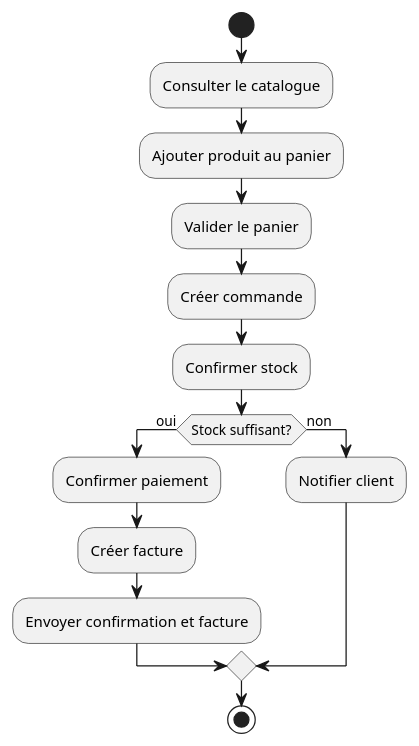
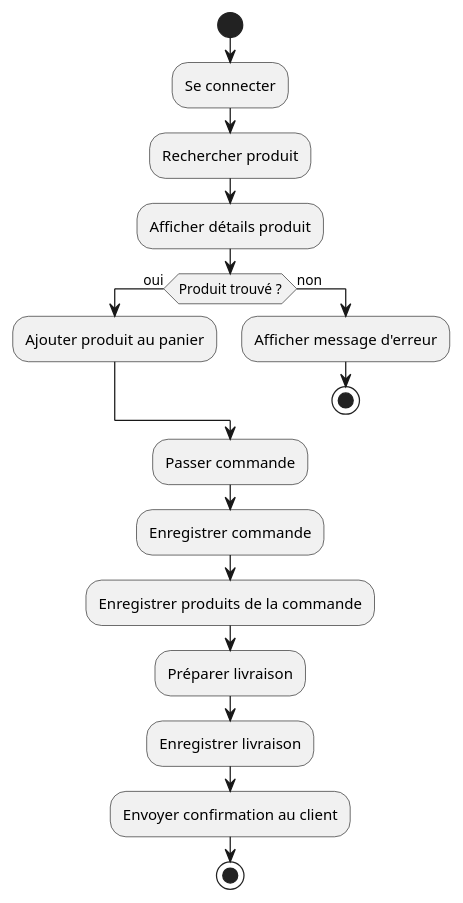
One commit to Jeoffrey80/GreenVillage changed the diagram in assets/UML/Activites.puml. Above: the diagram before and after it, drawn with PlantUML. The commit also changed 7 other files, not shown here.

```diff
--- a/assets/UML/Activites.puml
+++ b/assets/UML/Activites.puml
@@ -1,16 +1,26 @@
 @startuml
 start
-:Consulter le catalogue;
-:Ajouter produit au panier;
-:Valider le panier;
-:Créer commande;
-:Confirmer stock;
-if (Stock suffisant?) then (oui)
-    :Confirmer paiement;
-    :Créer facture;
-    :Envoyer confirmation et facture;
+
+:Se connecter;
+:Rechercher produit;
+:Afficher détails produit;
+
+if (Produit trouvé ?) then (oui)
+  :Ajouter produit au panier;
 else (non)
-    :Notifier client;
+  :Afficher message d'erreur;
+  stop
 endif
+
+:Passer commande;
+
+:Enregistrer commande;
+:Enregistrer produits de la commande;
+
+:Préparer livraison;
+:Enregistrer livraison;
+
+:Envoyer confirmation au client;
+
 stop
 @enduml
```
